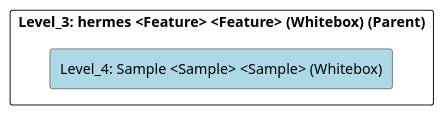
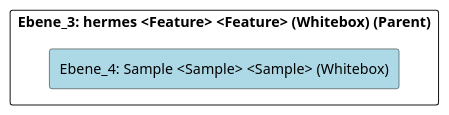
Before and after one commit to marcozwyssig/cleon: the diagram in doc/cleonproject_deliverables_architecture_model_architecture/adoc/de/05_bausteinsicht/cleon/operational_methods/hermes/sample/ebene_4_sample.adoc, drawn with PlantUML. The commit also changed other lines of this file and 214 other files, not shown here.

```diff
--- a/doc/cleonproject_deliverables_architecture_model_architecture/adoc/de/05_bausteinsicht/cleon/operational_methods/hermes/sample/ebene_4_sample.adoc
+++ b/doc/cleonproject_deliverables_architecture_model_architecture/adoc/de/05_bausteinsicht/cleon/operational_methods/hermes/sample/ebene_4_sample.adoc
@@ -20,24 +20,24 @@
-[plantuml, Level_4: Sample <Sample> <Sample> (Whitebox)BlockOverview, format="svg"]
+[plantuml, Ebene_4: Sample <Sample> <Sample> (Whitebox)BlockOverview, format="svg"]
 ----
-@startuml Level_4: Sample <Sample> <Sample> (Whitebox)BuildingBlockOverview
+@startuml Ebene_4: Sample <Sample> <Sample> (Whitebox)BuildingBlockOverview
 
 skinparam ranksep 10
 skinparam componentStyle rectangle
 skinparam shadowing false
 skinparam arrowColor lightblue
 skinparam arrowThickness 1.2
 skinparam rectangle {
   BackgroundColor White
   BorderColor #333
   RoundCorner 10
 }
 top to bottom direction
 
-component "Level_3: hermes <Feature> <Feature> (Whitebox) (Parent)" {
-    component "Level_4: Sample <Sample> <Sample> (Whitebox)" #lightblue {
+component "Ebene_3: hermes <Feature> <Feature> (Whitebox) (Parent)" {
+    component "Ebene_4: Sample <Sample> <Sample> (Whitebox)" #lightblue {
     }
 
 }
 
 @enduml
 ----
```
